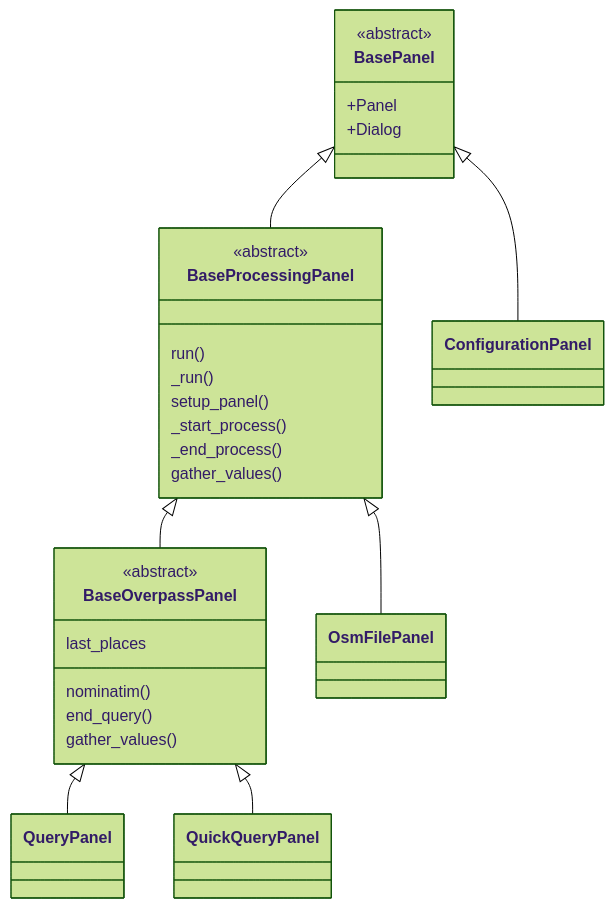
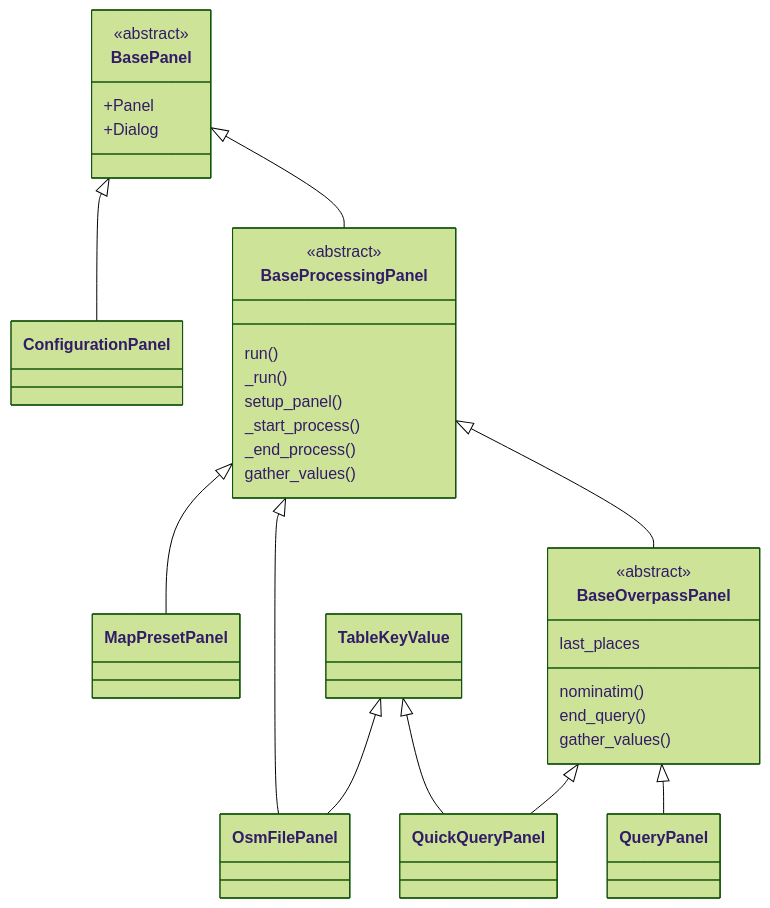
One commit to 3liz/QuickOSM changed the diagram in docs/contributing.md. Above: the diagram before and after it, drawn with Mermaid (forest theme). The commit also changed 46 other files, not shown here.

Commit message:
Copyright 2021 and change architecture

````diff
--- a/docs/contributing.md
+++ b/docs/contributing.md
@@ -15,37 +15,42 @@
 ```mermaid
 classDiagram
 BasePanel
 BaseProcessingPanel
 ConfigurationPanel
 BaseOverpassPanel
 OsmFilePanel
+MapPresetPanel
 QueryPanel
 QuickQueryPanel
+TableKeyValue
 BasePanel <|-- BaseProcessingPanel
 BasePanel <|-- ConfigurationPanel
 BaseProcessingPanel <|-- BaseOverpassPanel
 BaseProcessingPanel <|-- OsmFilePanel
+BaseProcessingPanel <|-- MapPresetPanel
 BaseOverpassPanel <|-- QueryPanel
 BaseOverpassPanel <|-- QuickQueryPanel
+TableKeyValue <|-- QuickQueryPanel
+TableKeyValue <|-- OsmFilePanel
 class BasePanel{
   <<abstract>>
   +Panel
   +Dialog
 }
 class BaseProcessingPanel{
   <<abstract>>
   run()
   _run()
   setup_panel()
   _start_process()
   _end_process()
   gather_values()
 }
 class BaseOverpassPanel{
   <<abstract>>
   last_places
   nominatim()
   end_query()
   gather_values()
 }
 ```
````
